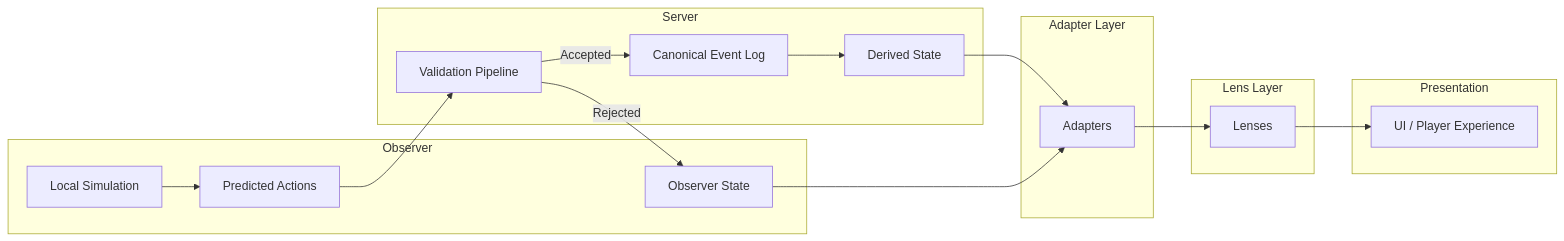
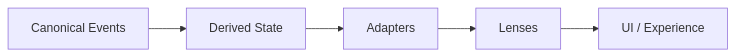
The first of 2 diagrams in CrypSA_architecture_overview.md (godofthunder101/crypsa-architecture), drawn with Mermaid before and after one commit. The commit also changed other lines of this file, not shown here.

First line of the commit message:
Revise CrypSA architecture overview for clarity

`````diff
--- a/CrypSA_architecture_overview.md
+++ b/CrypSA_architecture_overview.md
@@ -40,40 +141,8 @@
 ```mermaid
 flowchart LR
 
-subgraph Observer
-A[Local Simulation]
-B[Predicted Actions]
-C[Observer State]
-end
-
-subgraph Server
-D[Validation Pipeline]
-E[Canonical Event Log]
-F[Derived State]
-end
-
-subgraph Adapter Layer
-G[Adapters]
-end
-
-subgraph Lens Layer
-H[Lenses]
-end
-
-subgraph Presentation
-I[UI / Player Experience]
-end
-
-A --> B
-B --> D
-
-D -->|Accepted| E
-D -->|Rejected| C
-
-E --> F
-F --> G
-C --> G
-
-G --> H
-H --> I
+A[Canonical Events] --> B[Derived State]
+B --> C[Adapters]
+C --> D[Lenses]
+D --> E[UI / Experience]
 ````
`````
